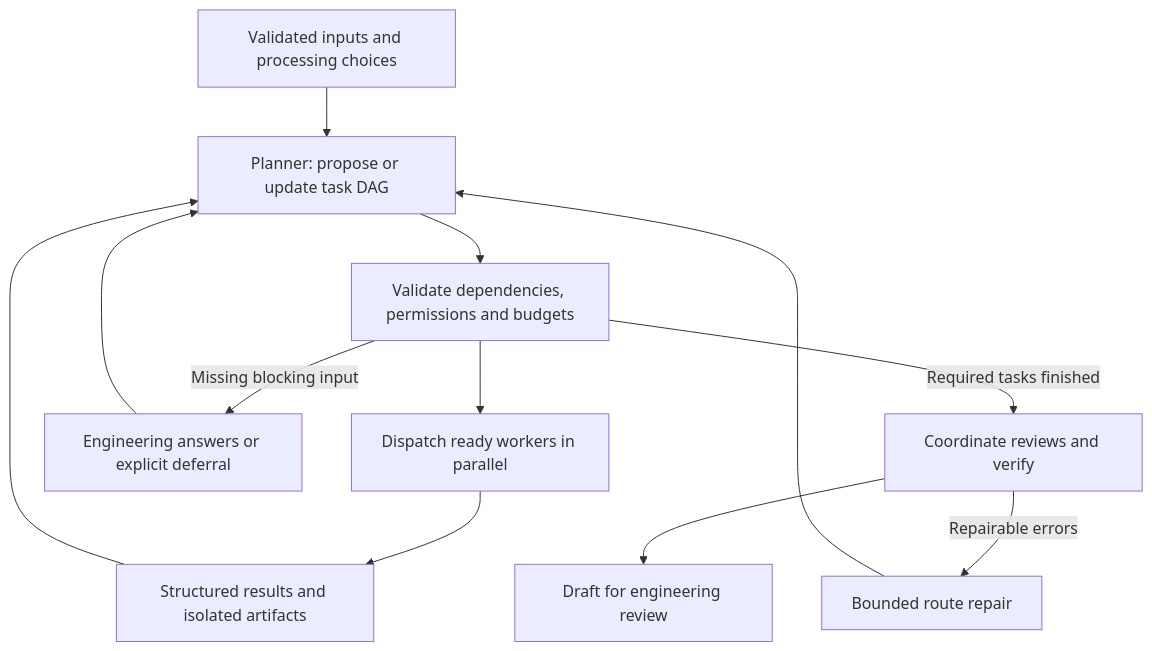
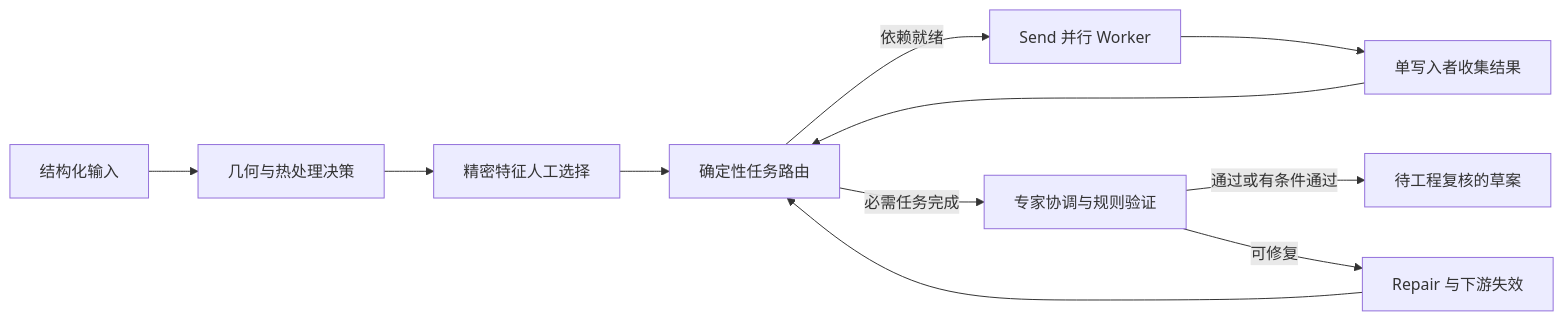
One commit to Taxueovo/Shaft-Machining-Planner changed the first of 2 diagrams in README.md. Above: the diagram before and after it, drawn with Mermaid. The commit also changed other lines of this file and 20 other files, not shown here.

Commit message:
docs: enrich shaftmachiningplanner guides with diagrams and screenshots

````diff
--- a/README.md
+++ b/README.md
@@ -273,14 +122,13 @@
 ```mermaid
-flowchart TD
-    Input[Validated inputs and processing choices] --> Planner[Planner: propose or update task DAG]
-    Planner --> Scheduler[Validate dependencies, permissions and budgets]
-    Scheduler --> Workers[Dispatch ready workers in parallel]
-    Workers --> Ledger[Structured results and isolated artifacts]
-    Ledger --> Planner
-    Scheduler -->|Missing blocking input| Human[Engineering answers or explicit deferral]
-    Human --> Planner
-    Scheduler -->|Required tasks finished| Review[Coordinate reviews and verify]
-    Review -->|Repairable errors| Repair[Bounded route repair]
-    Repair --> Planner
-    Review --> Draft[Draft for engineering review]
+flowchart LR
+  A[结构化输入] --> B[几何与热处理决策]
+  B --> C[精密特征人工选择]
+  C --> D[确定性任务路由]
+  D -->|依赖就绪| E[Send 并行 Worker]
+  E --> F[单写入者收集结果]
+  F --> D
+  D -->|必需任务完成| G[专家协调与规则验证]
+  G -->|通过或有条件通过| H[待工程复核的草案]
+  G -->|可修复| R[Repair 与下游失效]
+  R --> D
 ```
````
